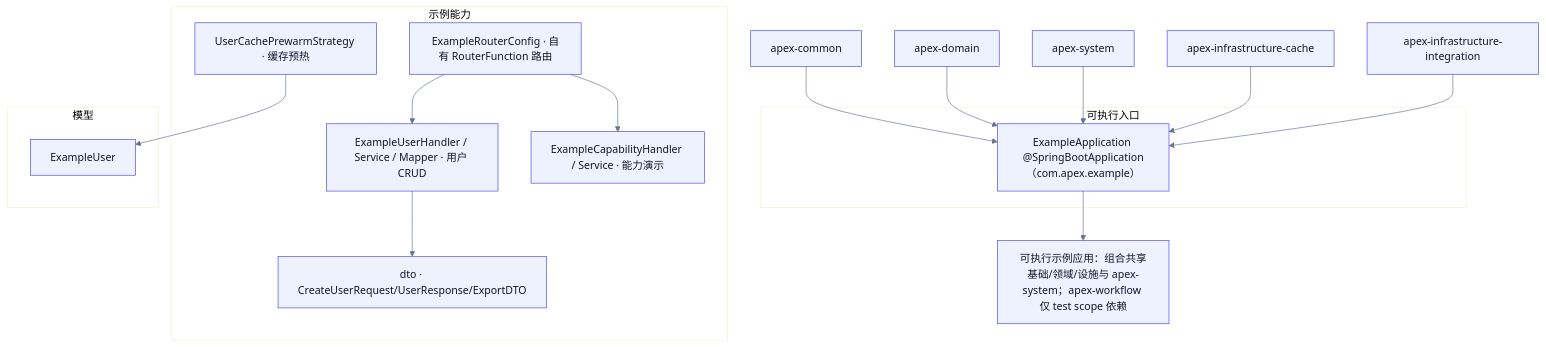
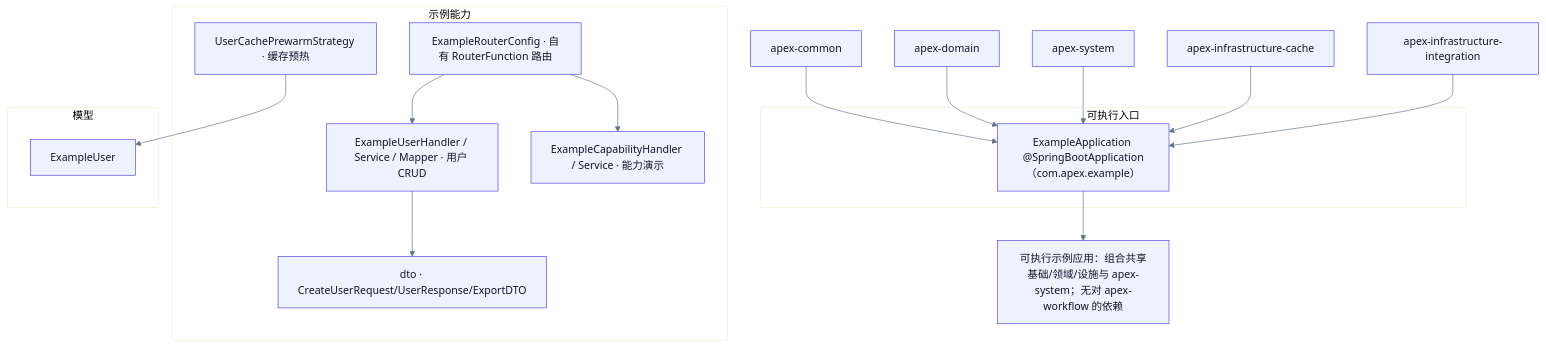
Before and after one commit to apex-cloud-service/apex-scaffold: the diagram in docs/diagrams/105_module_example_structure.mmd, drawn with Mermaid. The commit also changed 19 other files, not shown here.

```diff
--- a/docs/diagrams/105_module_example_structure.mmd
+++ b/docs/diagrams/105_module_example_structure.mmd
@@ -1,36 +1,36 @@
 %%{init: {'theme':'base', 'themeVariables': {'primaryColor':'#eef2ff','primaryTextColor':'#0f172a','primaryBorderColor':'#4f46e5','lineColor':'#64748b','fontFamily':'sans-serif'}}}%%
 flowchart TB
   subgraph Entry["可执行入口"]
     E1["ExampleApplication @SpringBootApplication（com.apex.example）"]
   end
 
   subgraph Demo["示例能力"]
     D1["ExampleUserHandler / Service / Mapper · 用户 CRUD"]
     D2["ExampleCapabilityHandler / Service · 能力演示"]
     D3["ExampleRouterConfig · 自有 RouterFunction 路由"]
     D4["UserCachePrewarmStrategy · 缓存预热"]
     D5["dto · CreateUserRequest/UserResponse/ExportDTO"]
   end
 
   subgraph Model["模型"]
     M1["ExampleUser"]
   end
 
   COMMON["apex-common"]
   DOM["apex-domain"]
   SYS["apex-system"]
   ICACHE["apex-infrastructure-cache"]
   IINTG["apex-infrastructure-integration"]
 
   COMMON --> E1
   DOM --> E1
   SYS --> E1
   ICACHE --> E1
   IINTG --> E1
   D1 --> D5
   D3 --> D1
   D3 --> D2
   D4 --> M1
 
-  NOTE["可执行示例应用：组合共享基础/领域/设施与 apex-system；apex-workflow 仅 test scope 依赖"]
+  NOTE["可执行示例应用：组合共享基础/领域/设施与 apex-system；无对 apex-workflow 的依赖"]
   E1 --> NOTE
```
